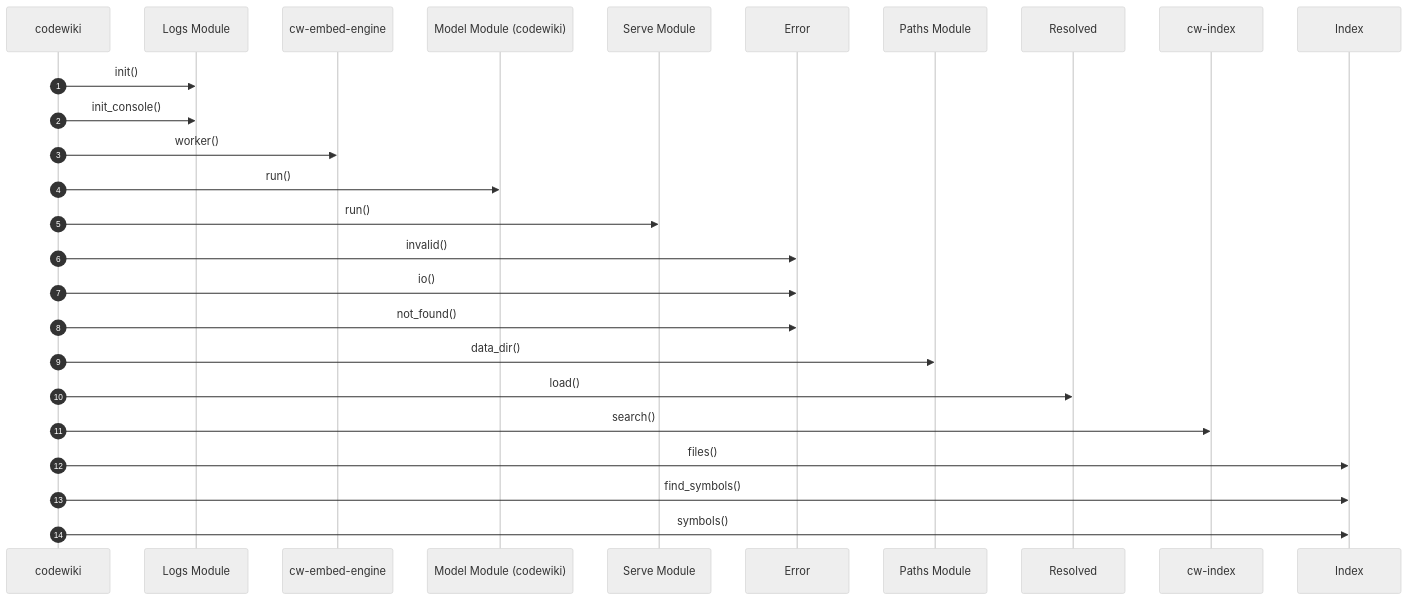
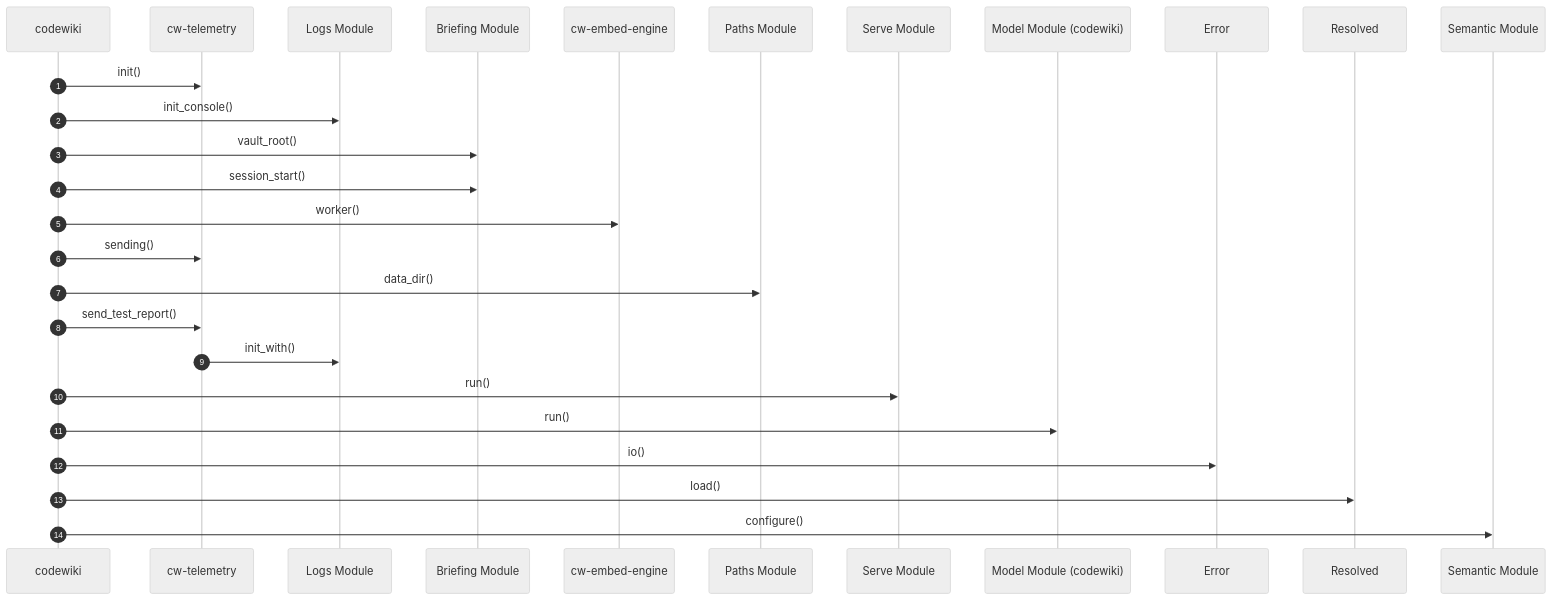
The diagram in obsidian/00-Architecture/codewiki Startup Flow.md (Fly-onlyone/CodeWiki), drawn with Mermaid (neutral theme) before and after one commit. The commit also changed other lines of this file and 515 other files, not shown here.

````diff
--- a/obsidian/00-Architecture/codewiki Startup Flow.md
+++ b/obsidian/00-Architecture/codewiki Startup Flow.md
@@ -15,28 +15,29 @@
 ```mermaid
 sequenceDiagram
     autonumber
     participant p0 as codewiki
-    participant p1 as Logs Module
-    participant p2 as cw-embed-engine
-    participant p3 as Model Module (codewiki)
-    participant p4 as Serve Module
-    participant p5 as Error
-    participant p6 as Paths Module
-    participant p7 as Resolved
-    participant p8 as cw-index
-    participant p9 as Index
+    participant p1 as cw-telemetry
+    participant p2 as Logs Module
+    participant p3 as Briefing Module
+    participant p4 as cw-embed-engine
+    participant p5 as Paths Module
+    participant p6 as Serve Module
+    participant p7 as Model Module (codewiki)
+    participant p8 as Error
+    participant p9 as Resolved
+    participant p10 as Semantic Module
     p0->>p1: init()
-    p0->>p1: init_console()
-    p0->>p2: worker()
-    p0->>p3: run()
-    p0->>p4: run()
-    p0->>p5: invalid()
-    p0->>p5: io()
-    p0->>p5: not_found()
-    p0->>p6: data_dir()
-    p0->>p7: load()
-    p0->>p8: search()
-    p0->>p9: files()
-    p0->>p9: find_symbols()
-    p0->>p9: symbols()
+    p0->>p2: init_console()
+    p0->>p3: vault_root()
+    p0->>p3: session_start()
+    p0->>p4: worker()
+    p0->>p1: sending()
+    p0->>p5: data_dir()
+    p0->>p1: send_test_report()
+    p1->>p2: init_with()
+    p0->>p6: run()
+    p0->>p7: run()
+    p0->>p8: io()
+    p0->>p9: load()
+    p0->>p10: configure()
 ```
````
